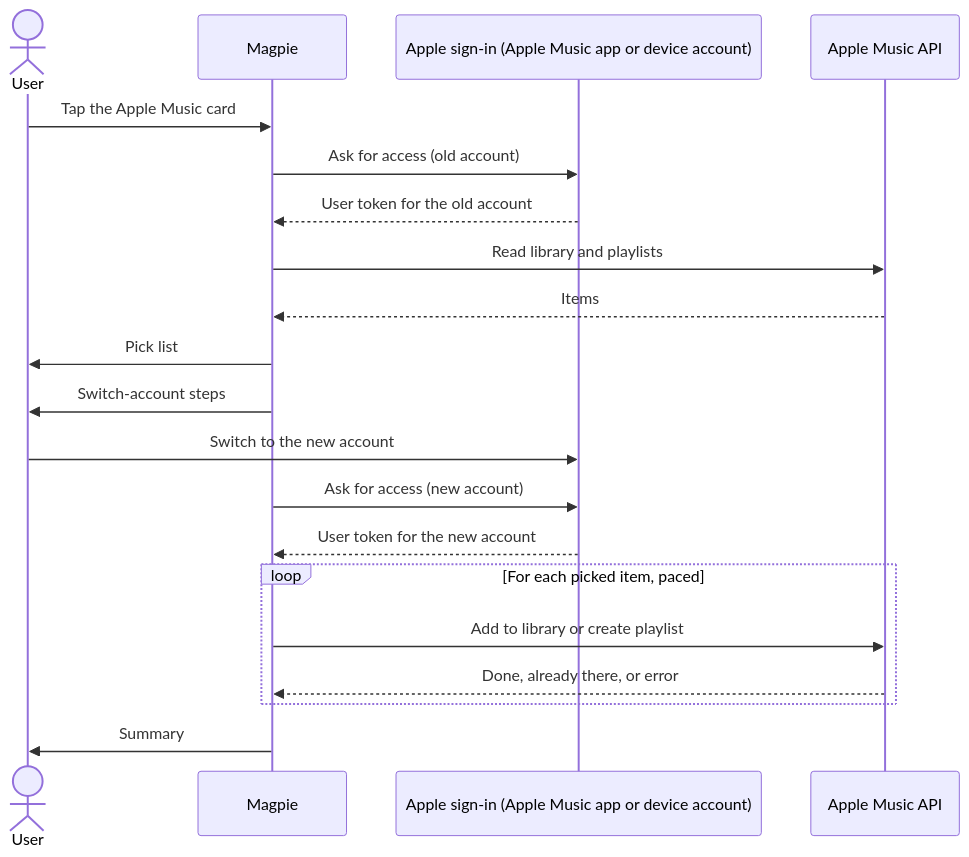
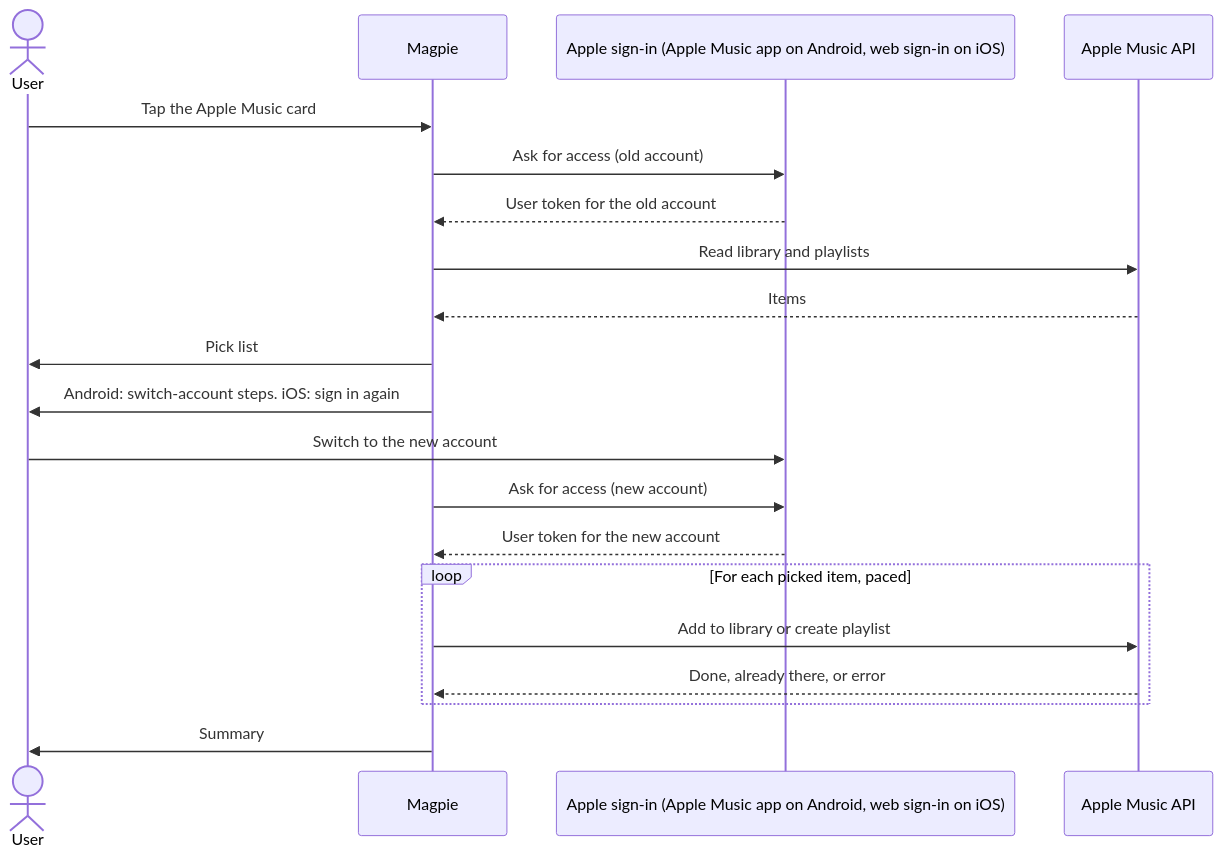
One commit to Dodo-Tech-Hub/magpie changed the second of 3 diagrams in specs/019-apple-music-platform/spec.md. Above: the diagram before and after it, drawn with Mermaid. The commit also changed other lines of this file and 1 other file, not shown here.

Commit message:
docs(spec): use web sign-in for Apple Music on iOS

````diff
--- a/specs/019-apple-music-platform/spec.md
+++ b/specs/019-apple-music-platform/spec.md
@@ -83,23 +84,23 @@
 ```mermaid
 sequenceDiagram
     actor User
     participant App as Magpie
-    participant Sign as Apple sign-in (Apple Music app or device account)
+    participant Sign as Apple sign-in (Apple Music app on Android, web sign-in on iOS)
     participant API as Apple Music API
 
     User->>App: Tap the Apple Music card
     App->>Sign: Ask for access (old account)
     Sign-->>App: User token for the old account
     App->>API: Read library and playlists
     API-->>App: Items
     App->>User: Pick list
-    App->>User: Switch-account steps
+    App->>User: Android: switch-account steps. iOS: sign in again
     User->>Sign: Switch to the new account
     App->>Sign: Ask for access (new account)
     Sign-->>App: User token for the new account
     loop For each picked item, paced
         App->>API: Add to library or create playlist
         API-->>App: Done, already there, or error
     end
     App->>User: Summary
 ```
````
